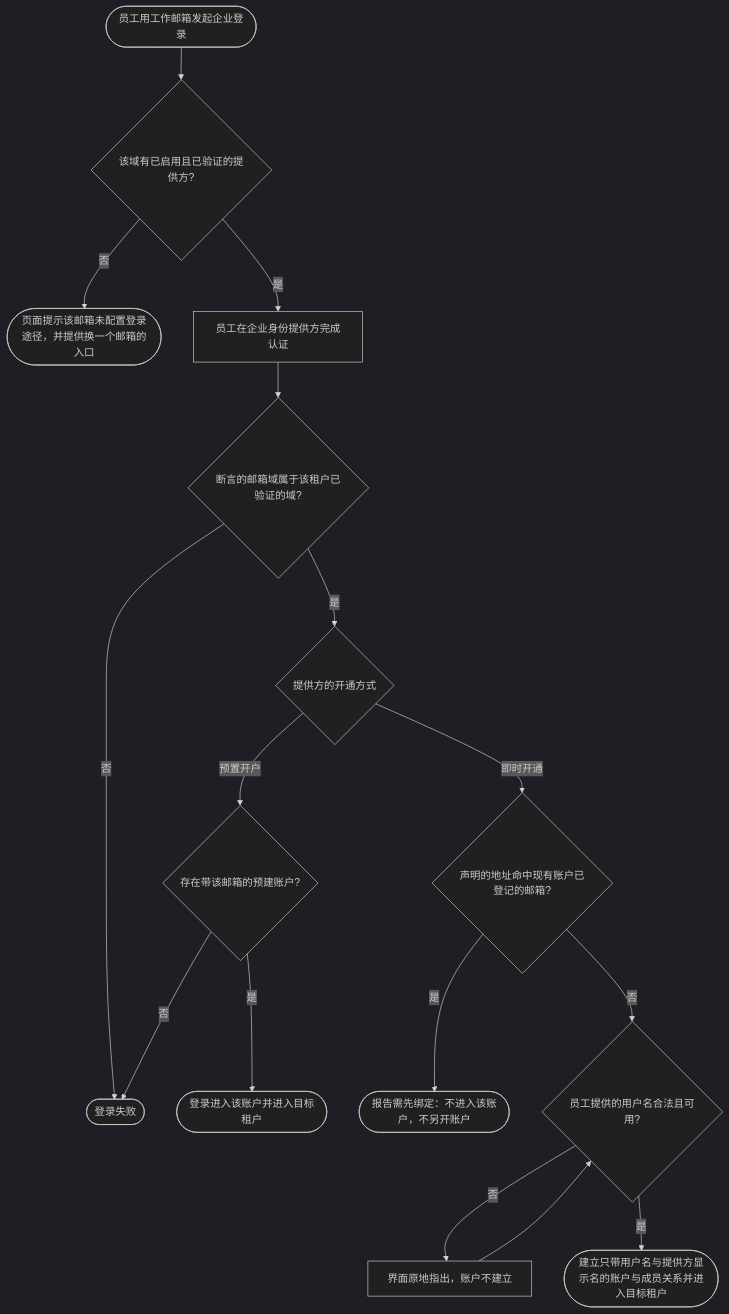
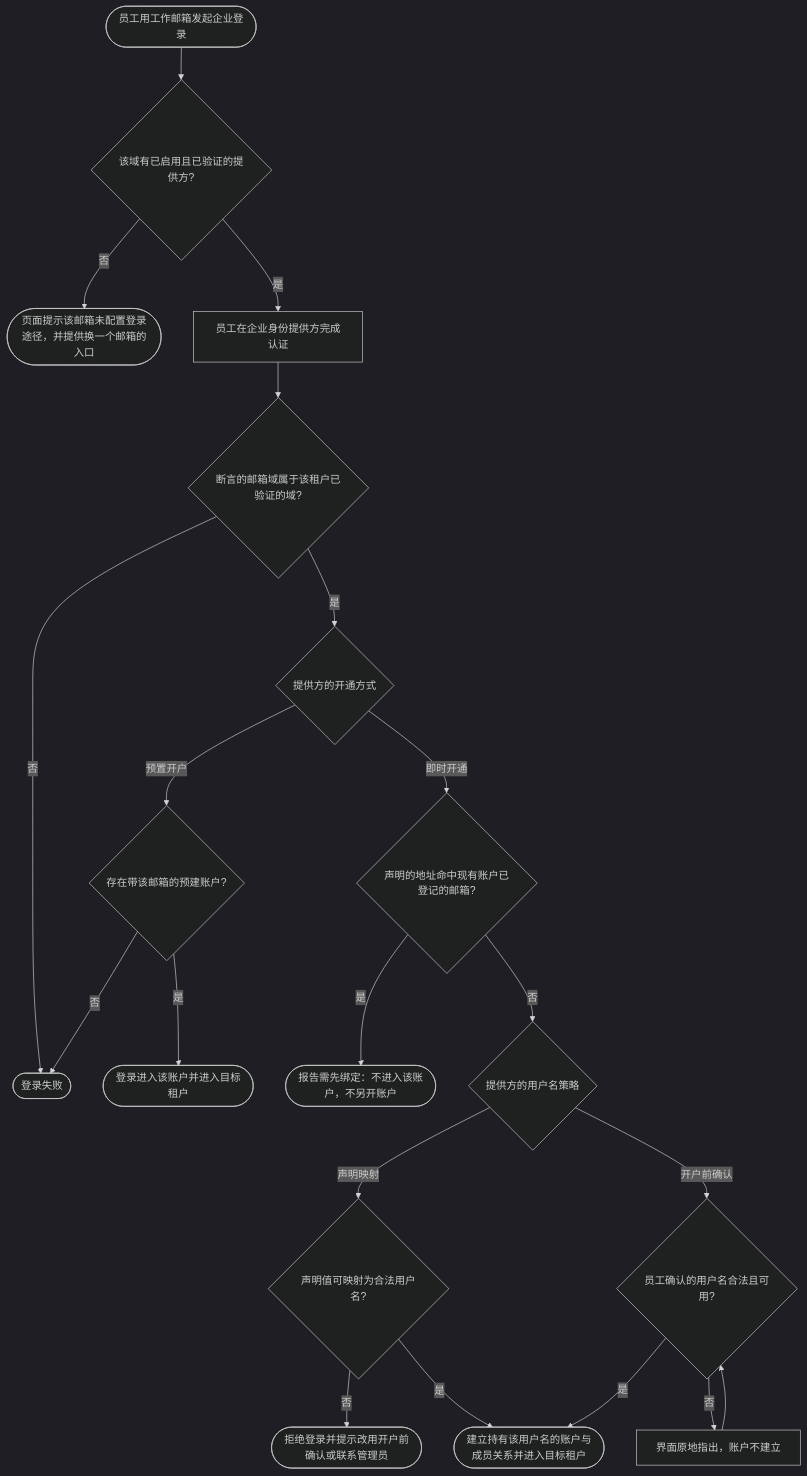
The diagram in docs/prd/journeys/journey-enterprise-sso-onboarding.md (wangzw/speed), drawn with Mermaid (dark theme) before and after one commit. The commit also changed other lines of this file and 2 other files, not shown here.

Commit message:
docs(prd): split just-in-time username acquisition by strategy
A provider configured for claim mapping acquires the username from the provider and shows no username step; a provider configured for confirmation asks before the account opens. Both still require a legal username before any account is created.

````diff
--- a/docs/prd/journeys/journey-enterprise-sso-onboarding.md
+++ b/docs/prd/journeys/journey-enterprise-sso-onboarding.md
@@ -38,18 +38,22 @@
 ```mermaid
 flowchart TD
     start([员工用工作邮箱发起企业登录]) --> found{该域有已启用且已验证的提供方?}
     found -->|否| none([页面提示该邮箱未配置登录途径，并提供换一个邮箱的入口])
     found -->|是| idp[员工在企业身份提供方完成认证]
     idp --> domain{断言的邮箱域属于该租户已验证的域?}
     domain -->|否| fail([登录失败])
     domain -->|是| provision{提供方的开通方式}
     provision -->|预置开户| pre{存在带该邮箱的预建账户?}
     pre -->|否| fail
     pre -->|是| ok([登录进入该账户并进入目标租户])
     provision -->|即时开通| matched{声明的地址命中现有账户已登记的邮箱?}
     matched -->|是| link([报告需先绑定：不进入该账户，不另开账户])
-    matched -->|否| uname{员工提供的用户名合法且可用?}
+    matched -->|否| strategy{提供方的用户名策略}
+    strategy -->|声明映射| claim{声明值可映射为合法用户名?}
+    claim -->|否| claimfail([拒绝登录并提示改用开户前确认或联系管理员])
+    claim -->|是| create([建立持有该用户名的账户与成员关系并进入目标租户])
+    strategy -->|开户前确认| uname{员工确认的用户名合法且可用?}
     uname -->|否| unamefail[界面原地指出，账户不建立]
     unamefail --> uname
-    uname -->|是| create([建立只带用户名与提供方显示名的账户与成员关系并进入目标租户])
+    uname -->|是| create
 ```
````
